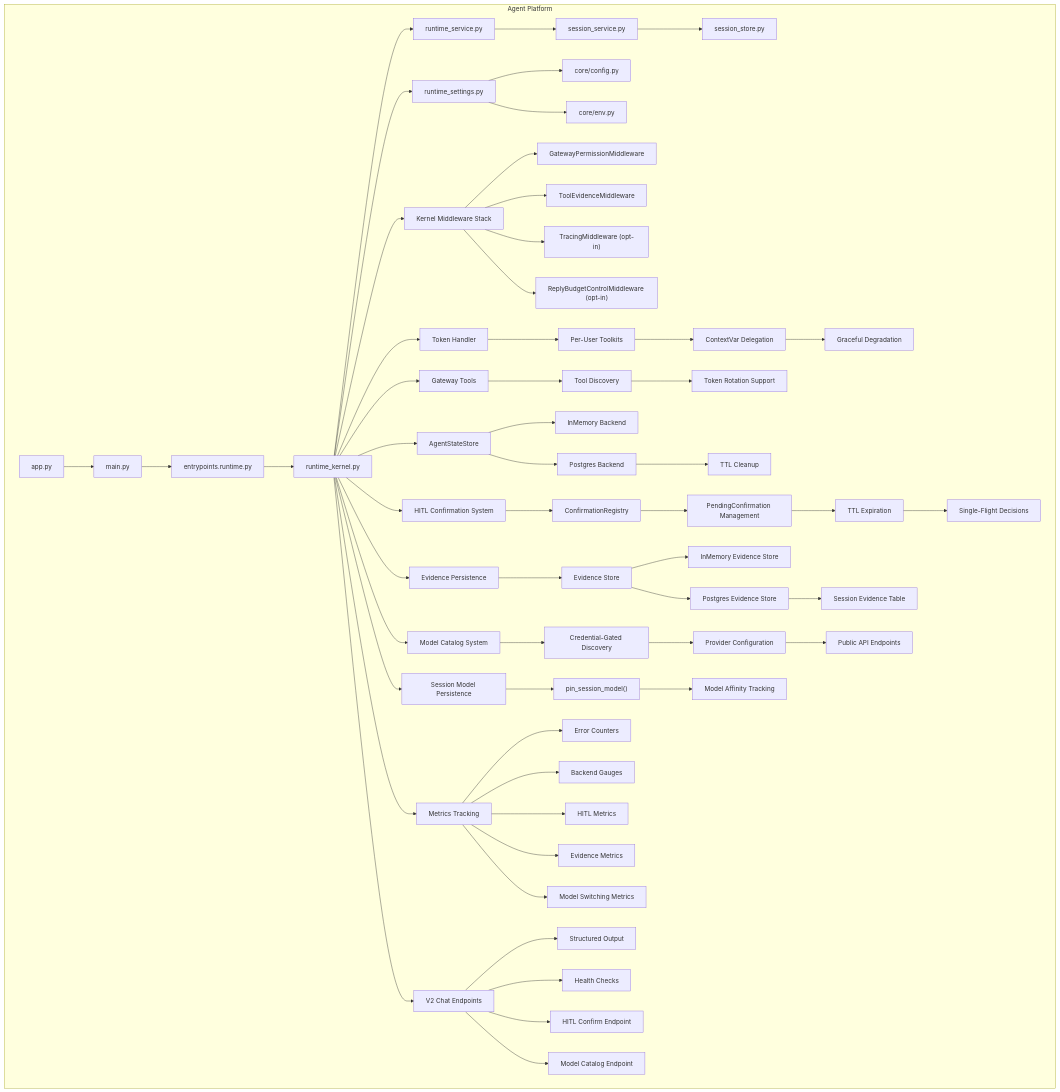
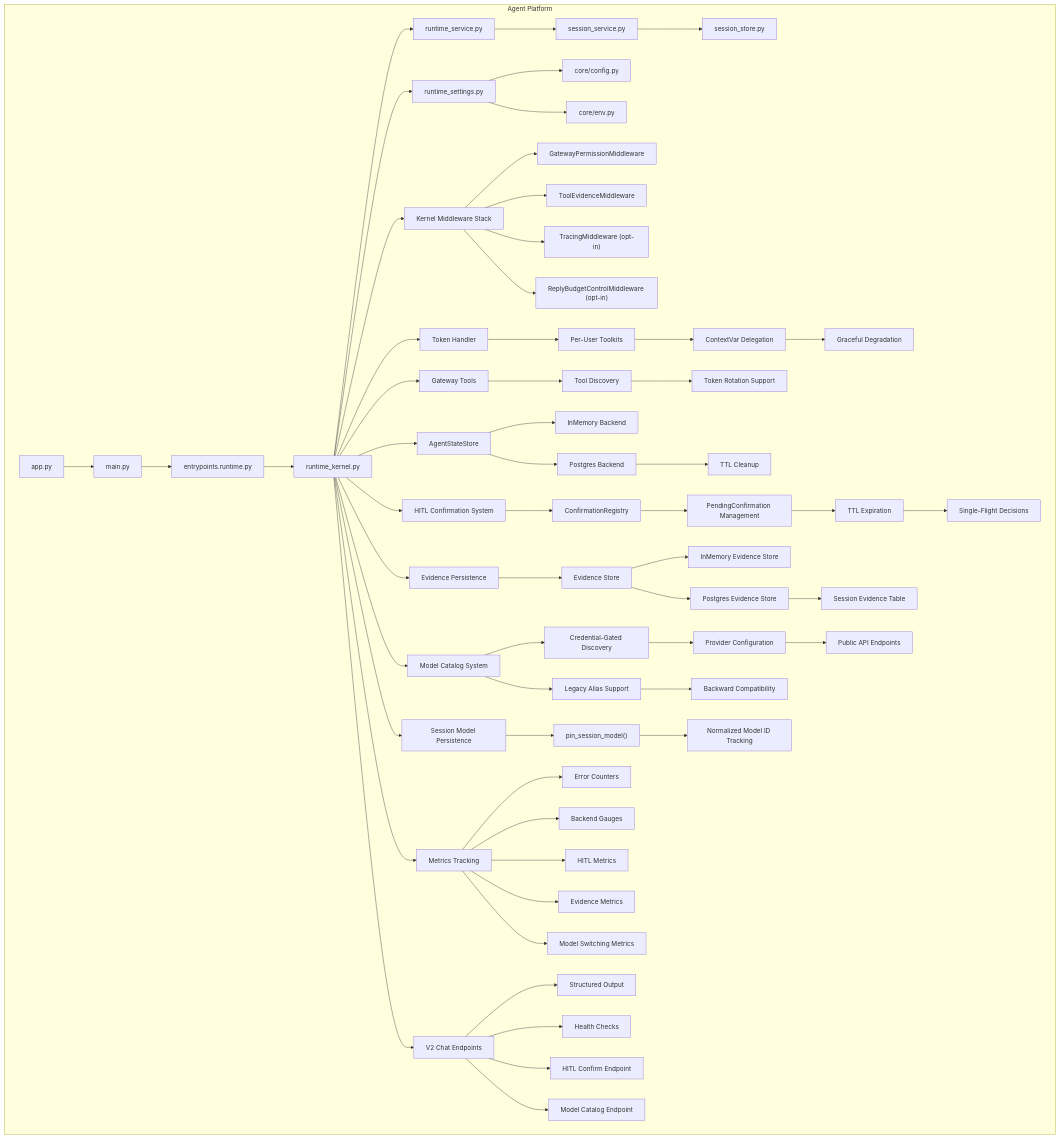
One commit to metasync/luban-aiops changed the first of 4 diagrams in .qoder/repowiki/en/content/Agent Platform Service/Runtime Kernel and Agent Lifecycle.md. Above: the diagram before and after it, drawn with Mermaid. The commit also changed other lines of this file and 18 other files, not shown here.

````diff
--- a/.qoder/repowiki/en/content/Agent Platform Service/Runtime Kernel and Agent Lifecycle.md
+++ b/.qoder/repowiki/en/content/Agent Platform Service/Runtime Kernel and Agent Lifecycle.md
@@ -65,58 +63,60 @@
 ```mermaid
 graph TB
 subgraph "Agent Platform"
 A["app.py"] --> B["main.py"]
 B --> C["entrypoints.runtime.py"]
 C --> D["runtime_kernel.py"]
 D --> E["runtime_service.py"]
 E --> F["session_service.py"]
 F --> G["session_store.py"]
 D --> H["runtime_settings.py"]
 H --> I["core/config.py"]
 H --> J["core/env.py"]
 D --> K["Kernel Middleware Stack"]
 K --> L["GatewayPermissionMiddleware"]
 K --> M["ToolEvidenceMiddleware"]
 K --> N["TracingMiddleware (opt-in)"]
 K --> O["ReplyBudgetControlMiddleware (opt-in)"]
 D --> P["Token Handler"]
 P --> Q["Per-User Toolkits"]
 Q --> R["ContextVar Delegation"]
 R --> S["Graceful Degradation"]
 D --> T["Gateway Tools"]
 T --> U["Tool Discovery"]
 U --> V["Token Rotation Support"]
 D --> W["AgentStateStore"]
 W --> X["InMemory Backend"]
 W --> Y["Postgres Backend"]
 Y --> Z["TTL Cleanup"]
 D --> AA["HITL Confirmation System"]
 AA --> BB["ConfirmationRegistry"]
 BB --> CC["PendingConfirmation Management"]
 CC --> DD["TTL Expiration"]
 DD --> EE["Single-Flight Decisions"]
 D --> FF["Evidence Persistence"]
 FF --> GG["Evidence Store"]
 GG --> HH["InMemory Evidence Store"]
 GG --> II["Postgres Evidence Store"]
 II --> JJ["Session Evidence Table"]
 D --> KK["Model Catalog System"]
 KK --> LL["Credential-Gated Discovery"]
 LL --> MM["Provider Configuration"]
 MM --> NN["Public API Endpoints"]
-D --> OO["Session Model Persistence"]
-OO --> PP["pin_session_model()"]
-PP --> QQ["Model Affinity Tracking"]
-D --> RR["Metrics Tracking"]
-RR --> SS["Error Counters"]
-RR --> TT["Backend Gauges"]
-RR --> UU["HITL Metrics"]
-RR --> VV["Evidence Metrics"]
-RR --> WW["Model Switching Metrics"]
-D --> XX["V2 Chat Endpoints"]
-XX --> YY["Structured Output"]
-XX --> ZZ["Health Checks"]
-XX --> AAA["HITL Confirm Endpoint"]
-XX --> BBB["Model Catalog Endpoint"]
+KK --> OO["Legacy Alias Support"]
+OO --> PP["Backward Compatibility"]
+D --> QQ["Session Model Persistence"]
+QQ --> RR["pin_session_model()"]
+RR --> SS["Normalized Model ID Tracking"]
+D --> TT["Metrics Tracking"]
+TT --> UU["Error Counters"]
+TT --> VV["Backend Gauges"]
+TT --> WW["HITL Metrics"]
+TT --> XX["Evidence Metrics"]
+TT --> YY["Model Switching Metrics"]
+D --> ZZ["V2 Chat Endpoints"]
+ZZ --> AAA["Structured Output"]
+ZZ --> BBB["Health Checks"]
+ZZ --> CCC["HITL Confirm Endpoint"]
+ZZ --> DDD["Model Catalog Endpoint"]
 end
 ```
````
